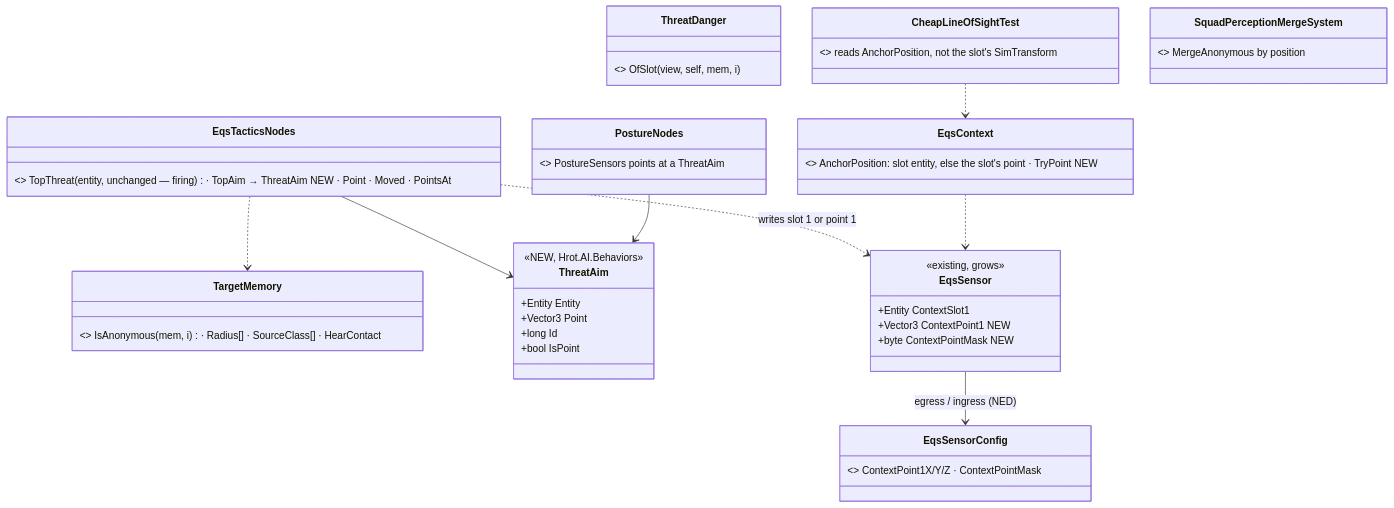
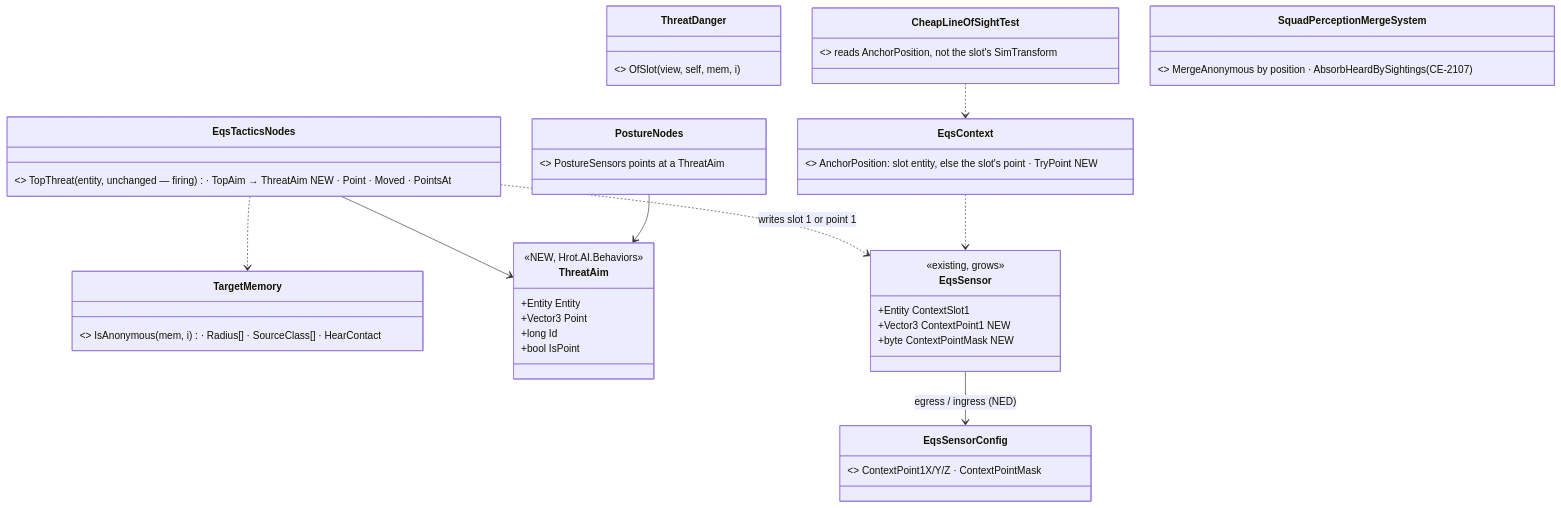
Before and after one commit to pjanec/HROT: the fifth of 8 diagrams in docs/DESIGN_Thermal_And_Acoustic_Sensing.md, drawn with Mermaid. The commit also changed other lines of this file and 4 other files, not shown here.

First line of the commit message:
CE-2107: the squad pool folds a heard contact into another member's sighting of it

````diff
--- a/docs/DESIGN_Thermal_And_Acoustic_Sensing.md
+++ b/docs/DESIGN_Thermal_And_Acoustic_Sensing.md
@@ -426,31 +426,31 @@
 ```mermaid
 classDiagram
   class TargetMemory { <<existing, CE-3063 ①>> IsAnonymous(mem, i) · Radius[] · SourceClass[] · HearContact }
   class ThreatDanger { <<existing>> OfSlot(view, self, mem, i) }
   class ThreatAim {
     <<NEW, Hrot.AI.Behaviors>>
     +Entity Entity
     +Vector3 Point
     +long Id
     +bool IsPoint
   }
   class EqsTacticsNodes { <<existing, grows>> TopThreat (entity, unchanged — firing) · TopAim → ThreatAim NEW · Point · Moved · PointsAt }
   class PostureNodes { <<existing, CE-2073>> PostureSensors points at a ThreatAim }
   class EqsSensor {
     <<existing, grows>>
     +Entity ContextSlot1
     +Vector3 ContextPoint1 NEW
     +byte ContextPointMask NEW
   }
   class EqsContext { <<existing, grows>> AnchorPosition: slot entity, else the slot's point · TryPoint NEW }
   class CheapLineOfSightTest { <<existing>> reads AnchorPosition, not the slot's SimTransform }
   class EqsSensorConfig { <<existing DDS, grows>> ContextPoint1X/Y/Z · ContextPointMask }
-  class SquadPerceptionMergeSystem { <<existing>> MergeAnonymous by position }
+  class SquadPerceptionMergeSystem { <<existing>> MergeAnonymous by position · AbsorbHeardBySightings (CE-2107) }
   EqsTacticsNodes --> ThreatAim
   PostureNodes --> ThreatAim
   EqsTacticsNodes ..> TargetMemory
   EqsTacticsNodes ..> EqsSensor : writes slot 1 or point 1
   EqsSensor --> EqsSensorConfig : egress / ingress (NED)
   CheapLineOfSightTest ..> EqsContext
   EqsContext ..> EqsSensor
 ```
````
